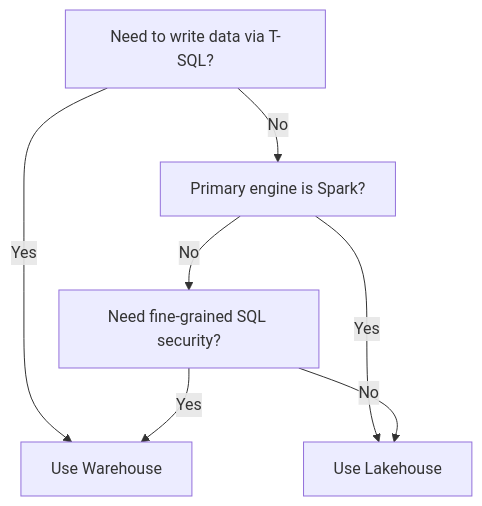
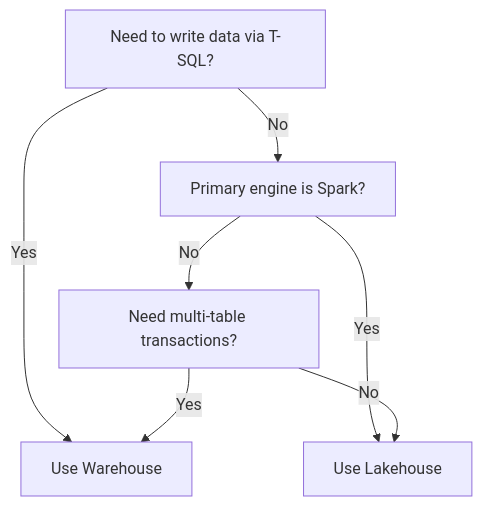
Before and after one commit to marcogrimaldi29/dp-600-study-notes: the second of 2 diagrams in 00-fabric-prerequisites.md, drawn with Mermaid. The commit also changed other lines of this file and 12 other files, not shown here.

````diff
--- a/00-fabric-prerequisites.md
+++ b/00-fabric-prerequisites.md
@@ -137,10 +141,10 @@
 ```mermaid
 graph TD
     Q["Need to write data via T-SQL?"]
     Q -->|Yes| WH["Use Warehouse"]
     Q -->|No| Q2["Primary engine is Spark?"]
     Q2 -->|Yes| LH["Use Lakehouse"]
-    Q2 -->|No| Q3["Need fine-grained SQL security?"]
+    Q2 -->|No| Q3["Need multi-table transactions?"]
     Q3 -->|Yes| WH
     Q3 -->|No| LH
 ```
````
